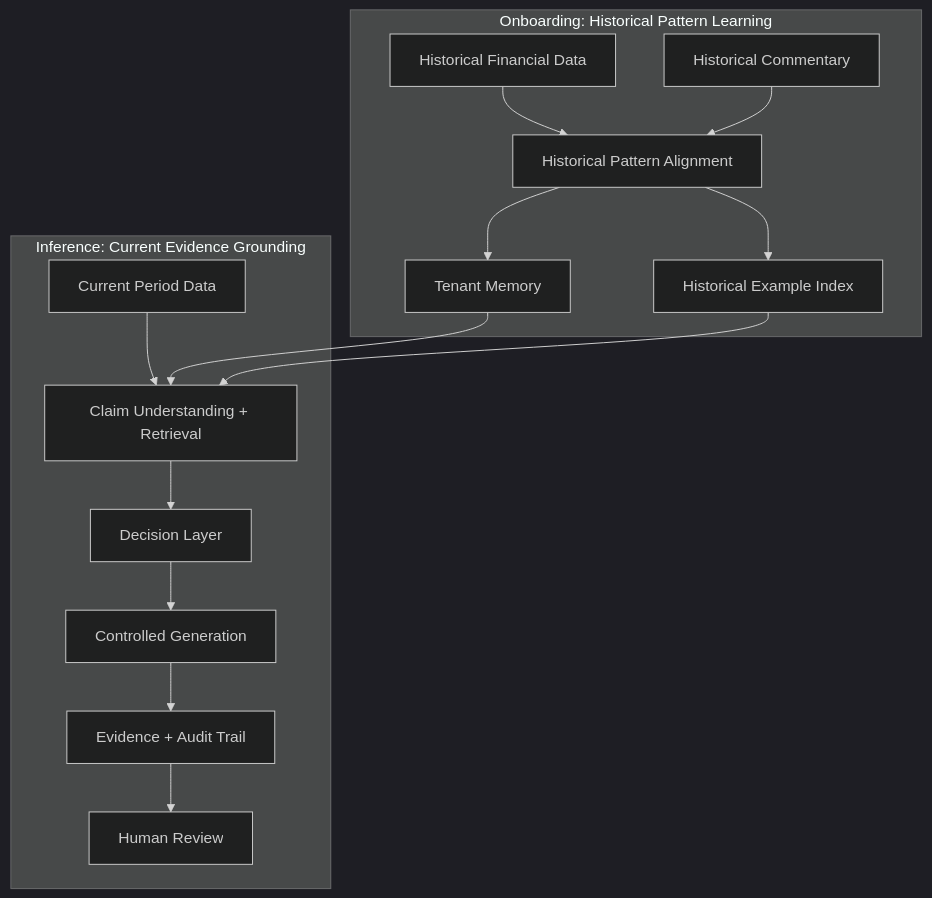
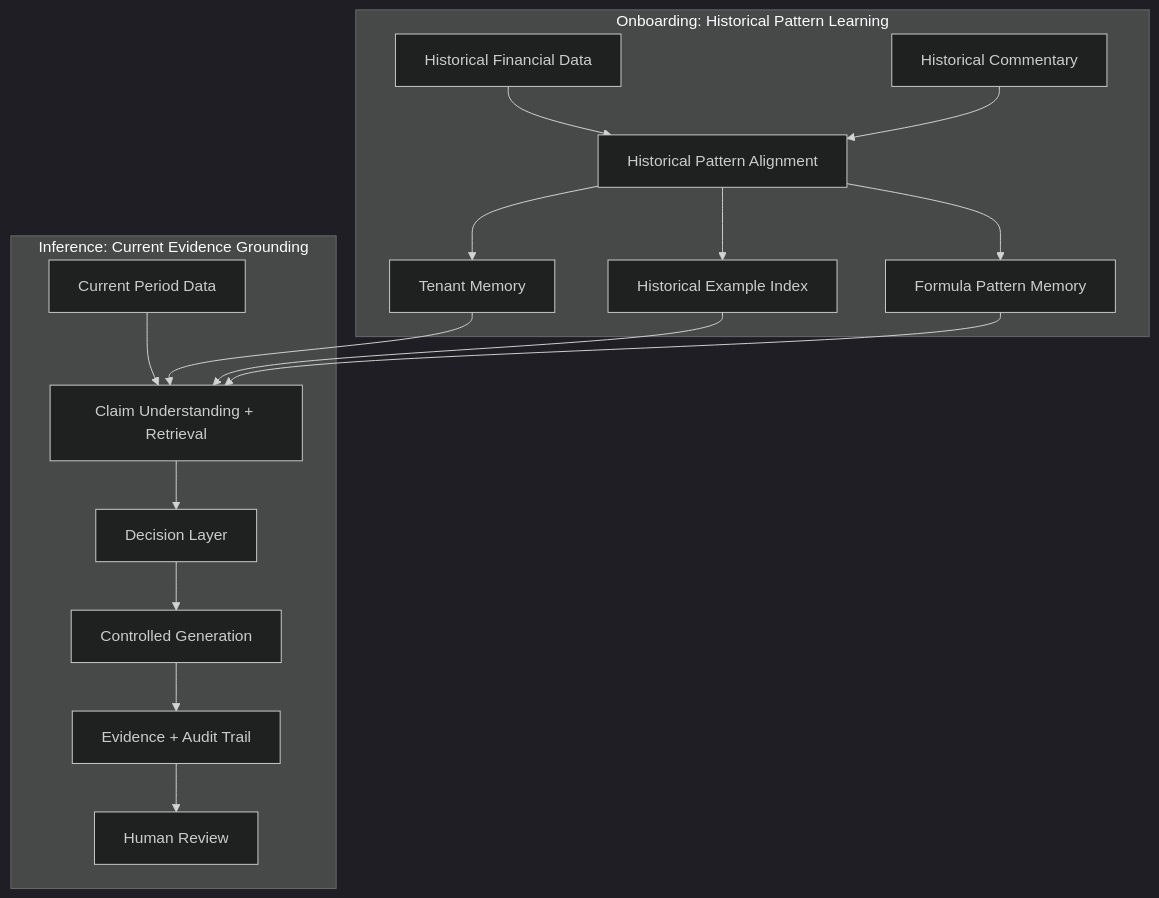
The third of 11 diagrams in README.md (xmercuryx007/FCA-Public), drawn with Mermaid (dark theme) before and after one commit. The commit also changed other lines of this file, not shown here.

````diff
--- a/README.md
+++ b/README.md
@@ -184,19 +187,21 @@
 ```mermaid
 flowchart TB
     subgraph Onboarding[Onboarding: Historical Pattern Learning]
         A1[Historical Financial Data] --> B1[Historical Pattern Alignment]
         A2[Historical Commentary] --> B1
         B1 --> C1[Tenant Memory]
         B1 --> D1[Historical Example Index]
+        B1 --> E1[Formula Pattern Memory]
     end
 
     subgraph Inference[Inference: Current Evidence Grounding]
         A3[Current Period Data] --> B2[Claim Understanding + Retrieval]
         C1 --> B2
         D1 --> B2
+        E1 --> B2
         B2 --> C2[Decision Layer]
         C2 --> D2[Controlled Generation]
         D2 --> E2[Evidence + Audit Trail]
         E2 --> F2[Human Review]
     end
 ```
````
